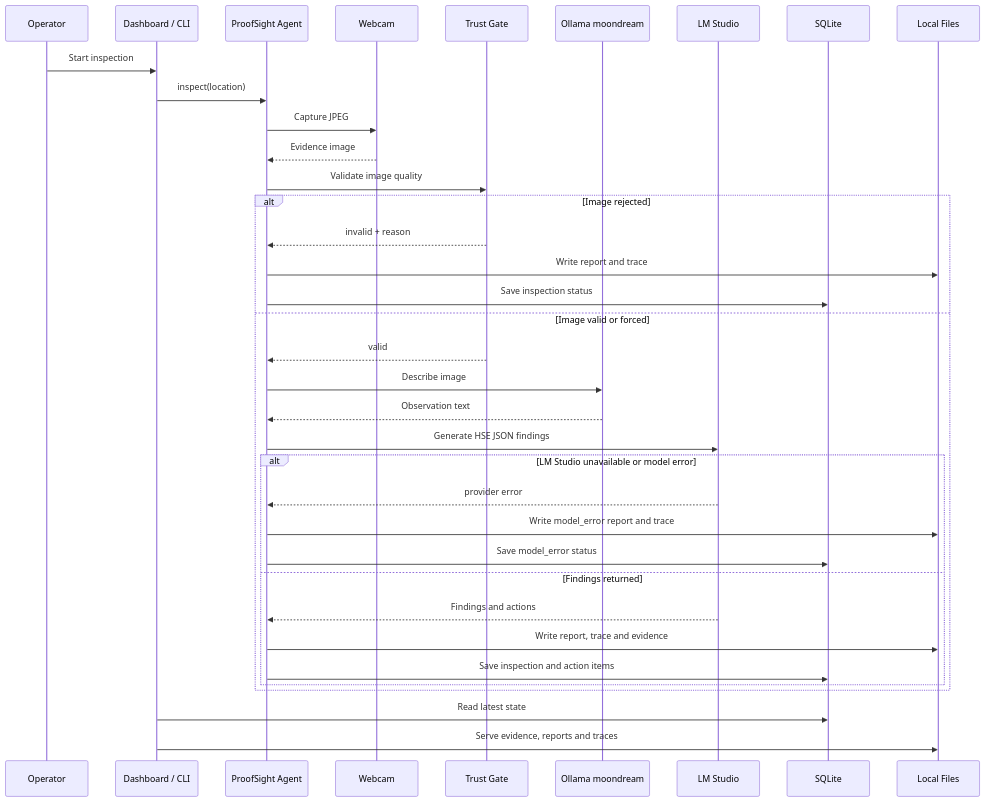
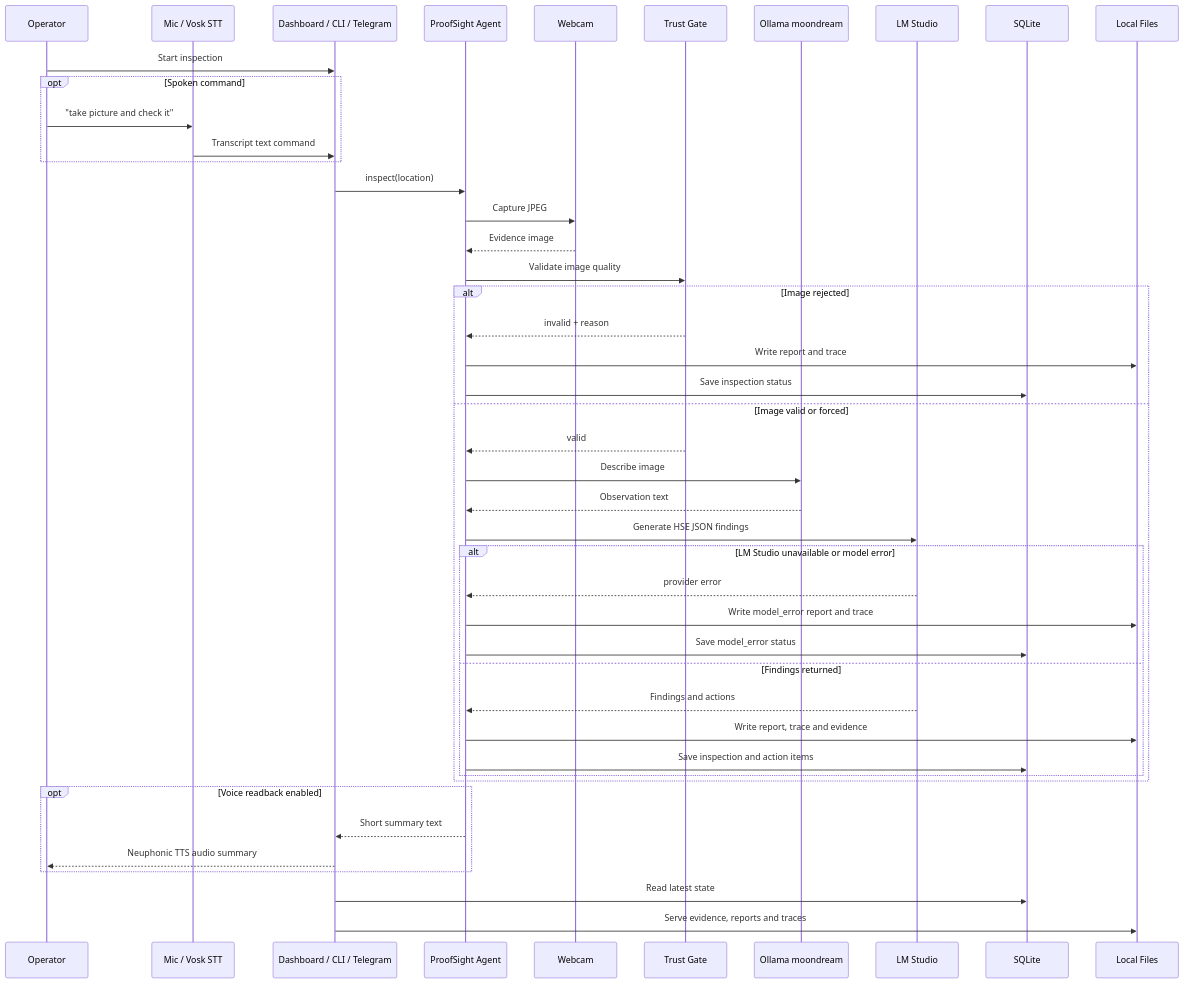
The second of 2 diagrams in ARCHITECTURE.md (MasteraSnackin/ProofSight), drawn with Mermaid before and after one commit. The commit also changed other lines of this file and 1 other file, not shown here.

Commit message:
docs: add ProofSight voice interface plan

````diff
--- a/ARCHITECTURE.md
+++ b/ARCHITECTURE.md
@@ -250,39 +279,48 @@
 ```mermaid
 sequenceDiagram
   participant User as Operator
-  participant UI as Dashboard / CLI
+  participant Voice as Mic / Vosk STT
+  participant UI as Dashboard / CLI / Telegram
   participant Agent as ProofSight Agent
   participant Cam as Webcam
   participant Gate as Trust Gate
   participant VLM as Ollama moondream
   participant LLM as LM Studio
   participant DB as SQLite
   participant FS as Local Files
 
   User->>UI: Start inspection
+  opt Spoken command
+    User->>Voice: "take picture and check it"
+    Voice->>UI: Transcript text command
+  end
   UI->>Agent: inspect(location)
   Agent->>Cam: Capture JPEG
   Cam-->>Agent: Evidence image
   Agent->>Gate: Validate image quality
   alt Image rejected
     Gate-->>Agent: invalid + reason
     Agent->>FS: Write report and trace
     Agent->>DB: Save inspection status
   else Image valid or forced
     Gate-->>Agent: valid
     Agent->>VLM: Describe image
     VLM-->>Agent: Observation text
     Agent->>LLM: Generate HSE JSON findings
     alt LM Studio unavailable or model error
       LLM-->>Agent: provider error
       Agent->>FS: Write model_error report and trace
       Agent->>DB: Save model_error status
     else Findings returned
       LLM-->>Agent: Findings and actions
       Agent->>FS: Write report, trace and evidence
       Agent->>DB: Save inspection and action items
     end
   end
+  opt Voice readback enabled
+    Agent-->>UI: Short summary text
+    UI-->>User: Neuphonic TTS audio summary
+  end
   UI->>DB: Read latest state
   UI->>FS: Serve evidence, reports and traces
 ```
````
